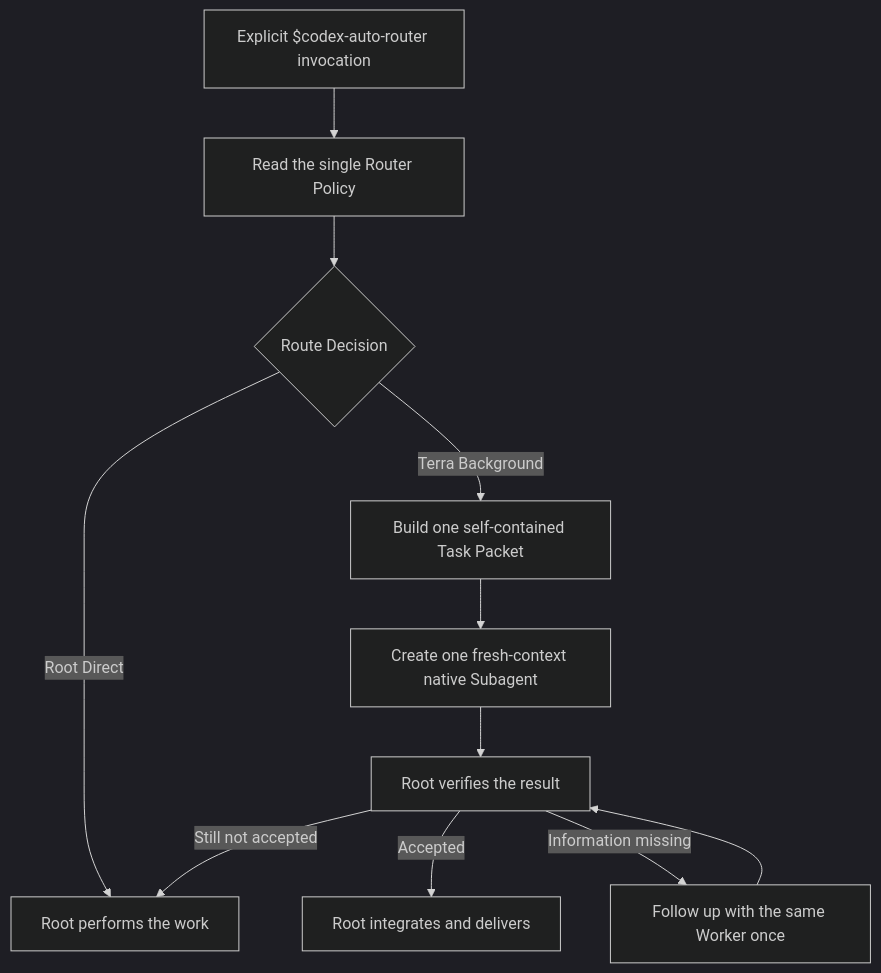
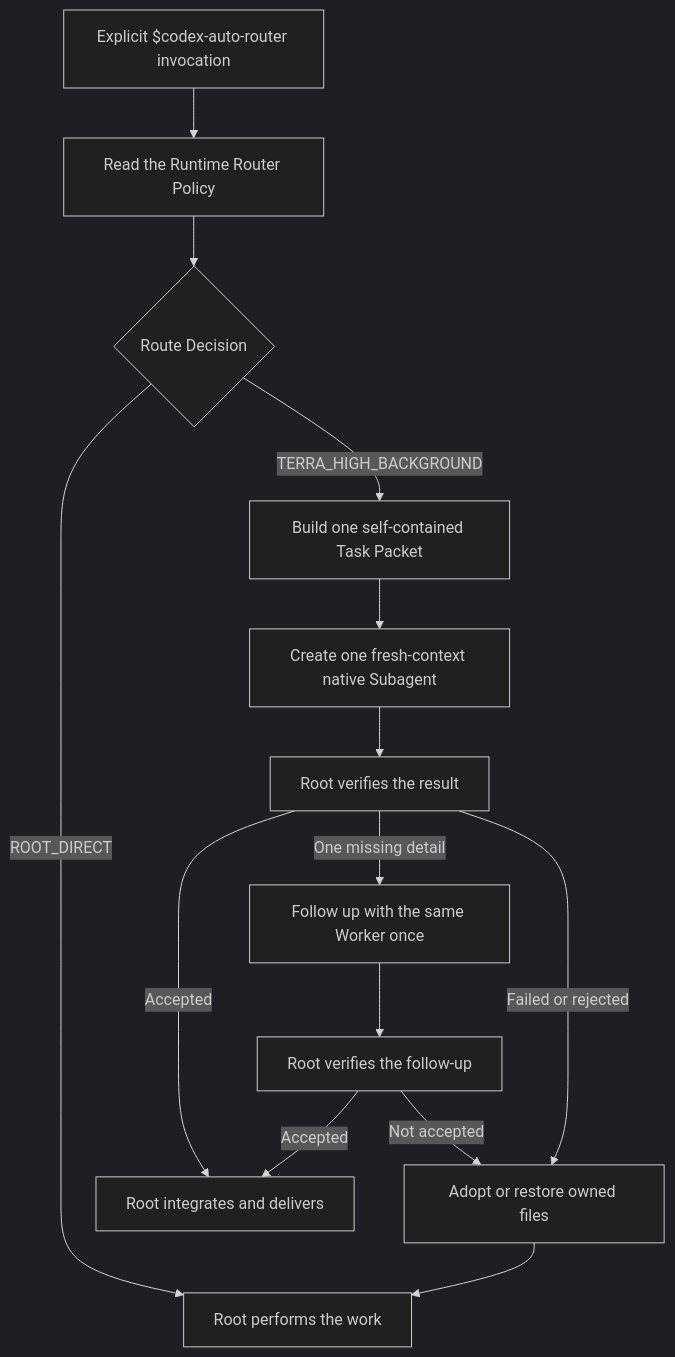
Before and after one commit to miniLV/Jev-Auto-Router: the diagram in docs/solution.md, drawn with Mermaid (dark theme). The commit also changed other lines of this file and 11 other files, not shown here.

Commit message:
fix: harden auto router v1 safeguards

````diff
--- a/docs/solution.md
+++ b/docs/solution.md
@@ -27,13 +28,16 @@
 ```mermaid
 flowchart TD
-    A["Explicit $codex-auto-router invocation"] --> P["Read the single Router Policy"]
+    A["Explicit $codex-auto-router invocation"] --> P["Read the Runtime Router Policy"]
     P --> D{"Route Decision"}
-    D -->|"Root Direct"| R["Root performs the work"]
-    D -->|"Terra Background"| K["Build one self-contained Task Packet"]
+    D -->|"ROOT_DIRECT"| R["Root performs the work"]
+    D -->|"TERRA_HIGH_BACKGROUND"| K["Build one self-contained Task Packet"]
     K --> S["Create one fresh-context native Subagent"]
     S --> V["Root verifies the result"]
     V -->|"Accepted"| I["Root integrates and delivers"]
-    V -->|"Information missing"| F["Follow up with the same Worker once"]
-    F --> V
-    V -->|"Still not accepted"| R
+    V -->|"One missing detail"| F["Follow up with the same Worker once"]
+    F --> V2["Root verifies the follow-up"]
+    V2 -->|"Accepted"| I
+    V2 -->|"Not accepted"| C["Adopt or restore owned files"]
+    V -->|"Failed or rejected"| C
+    C --> R
 ```
````
